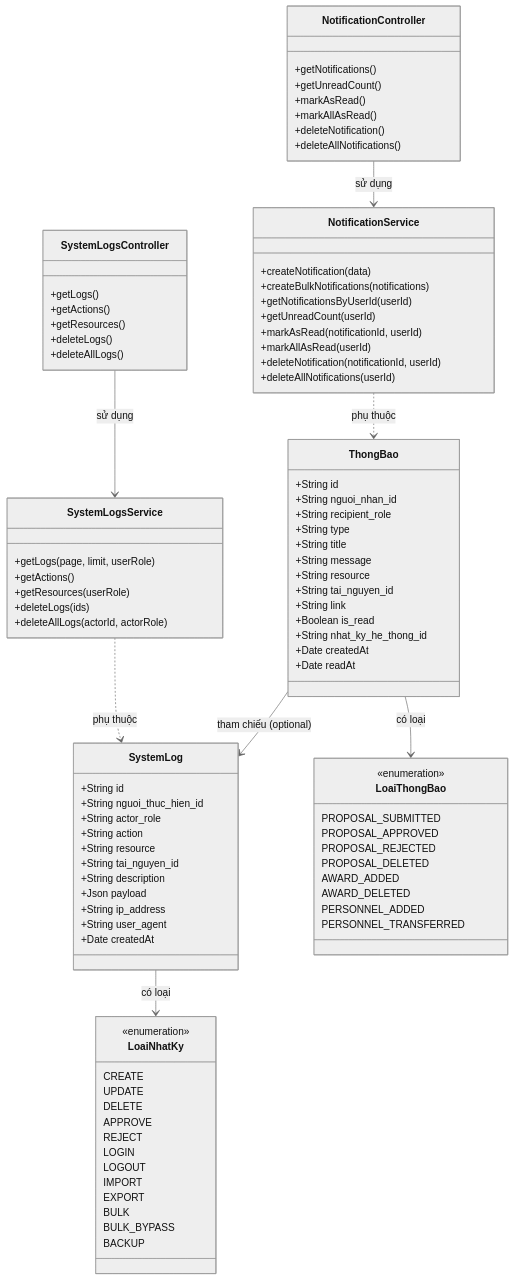
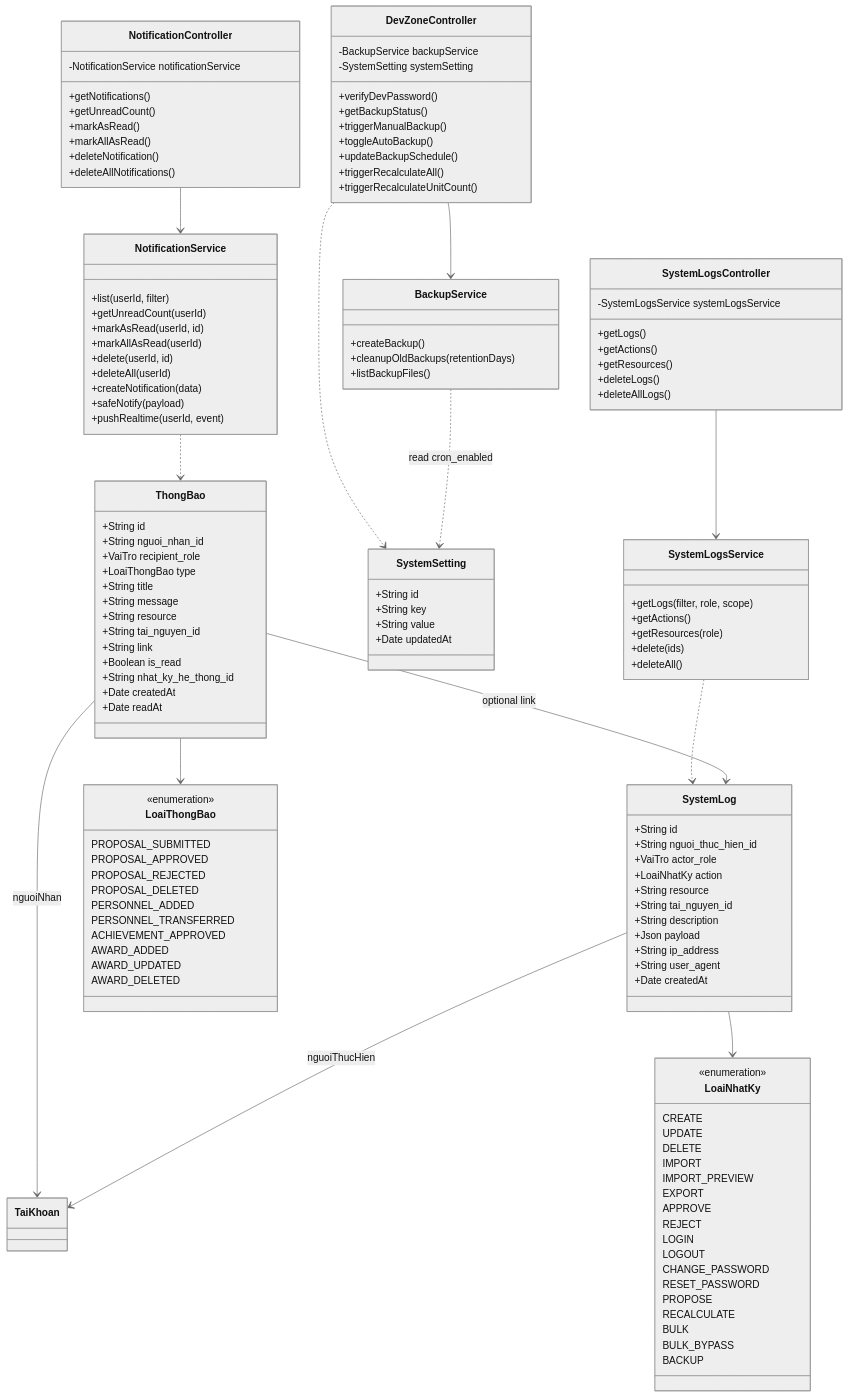
One commit to tranducbk/DATN_PM_QLKT changed the tenth of 10 diagrams in docs/diagrams/04-class.md. Above: the diagram before and after it, drawn with Mermaid (neutral theme). The commit also changed other lines of this file and 69 other files, not shown here.

````diff
--- a/docs/diagrams/04-class.md
+++ b/docs/diagrams/04-class.md
@@ -487,8 +1055,8 @@
     class ThongBao {
         +String id
         +String nguoi_nhan_id
-        +String recipient_role
-        +String type
+        +VaiTro recipient_role
+        +LoaiThongBao type
         +String title
         +String message
         +String resource
@@ -503,8 +1071,8 @@
     class SystemLog {
         +String id
         +String nguoi_thuc_hien_id
-        +String actor_role
-        +String action
+        +VaiTro actor_role
+        +LoaiNhatKy action
         +String resource
         +String tai_nguyen_id
         +String description
@@ -514,16 +1082,25 @@
         +Date createdAt
     }
 
+    class SystemSetting {
+        +String id
+        +String key
+        +String value
+        +Date updatedAt
+    }
+
     class LoaiThongBao {
         <<enumeration>>
         PROPOSAL_SUBMITTED
         PROPOSAL_APPROVED
         PROPOSAL_REJECTED
         PROPOSAL_DELETED
-        AWARD_ADDED
-        AWARD_DELETED
         PERSONNEL_ADDED
         PERSONNEL_TRANSFERRED
+        ACHIEVEMENT_APPROVED
+        AWARD_ADDED
+        AWARD_UPDATED
+        AWARD_DELETED
     }
 
     class LoaiNhatKy {
@@ -531,18 +1108,24 @@
         CREATE
         UPDATE
         DELETE
+        IMPORT
+        IMPORT_PREVIEW
+        EXPORT
         APPROVE
         REJECT
         LOGIN
         LOGOUT
-        IMPORT
-        EXPORT
+        CHANGE_PASSWORD
+        RESET_PASSWORD
+        PROPOSE
+        RECALCULATE
         BULK
         BULK_BYPASS
         BACKUP
     }
 
     class NotificationController {
+        -NotificationService notificationService
         +getNotifications()
         +getUnreadCount()
         +markAsRead()
@@ -551,7 +1134,20 @@
         +deleteAllNotifications()
     }
 
+    class NotificationService {
+        +list(userId, filter)
+        +getUnreadCount(userId)
+        +markAsRead(userId, id)
+        +markAllAsRead(userId)
+        +delete(userId, id)
+        +deleteAll(userId)
+        +createNotification(data)
+        +safeNotify(payload)
+        +pushRealtime(userId, event)
+    }
+
     class SystemLogsController {
+        -SystemLogsService systemLogsService
         +getLogs()
         +getActions()
         +getResources()
@@ -559,30 +1155,44 @@
         +deleteAllLogs()
     }
 
-    class NotificationService {
-        +createNotification(data)
-        +createBulkNotifications(notifications)
-        +getNotificationsByUserId(userId)
-        +getUnreadCount(userId)
-        +markAsRead(notificationId, userId)
-        +markAllAsRead(userId)
-        +deleteNotification(notificationId, userId)
-        +deleteAllNotifications(userId)
+    class SystemLogsService {
+        +getLogs(filter, role, scope)
+        +getActions()
+        +getResources(role)
+        +delete(ids)
+        +deleteAll()
     }
 
-    class SystemLogsService {
-        +getLogs(page, limit, userRole)
-        +getActions()
-        +getResources(userRole)
-        +deleteLogs(ids)
-        +deleteAllLogs(actorId, actorRole)
+    class BackupService {
+        +createBackup()
+        +cleanupOldBackups(retentionDays)
+        +listBackupFiles()
     }
 
-    ThongBao --> LoaiThongBao : có loại
-    ThongBao --> SystemLog : tham chiếu (optional)
-    SystemLog --> LoaiNhatKy : có loại
-    NotificationController --> NotificationService : sử dụng
-    SystemLogsController --> SystemLogsService : sử dụng
-    NotificationService ..> ThongBao : phụ thuộc
-    SystemLogsService ..> SystemLog : phụ thuộc
+    class DevZoneController {
+        -BackupService backupService
+        -SystemSetting systemSetting
+        +verifyDevPassword()
+        +getBackupStatus()
+        +triggerManualBackup()
+        +toggleAutoBackup()
+        +updateBackupSchedule()
+        +triggerRecalculateAll()
+        +triggerRecalculateUnitCount()
+    }
+
+    NotificationController --> NotificationService
+    SystemLogsController --> SystemLogsService
+    DevZoneController --> BackupService
+    DevZoneController ..> SystemSetting
+
+    NotificationService ..> ThongBao
+    SystemLogsService ..> SystemLog
+    BackupService ..> SystemSetting : read cron_enabled
+
+    ThongBao --> TaiKhoan : nguoiNhan
+    ThongBao --> SystemLog : optional link
+    ThongBao --> LoaiThongBao
+    SystemLog --> TaiKhoan : nguoiThucHien
+    SystemLog --> LoaiNhatKy
 ```
````
